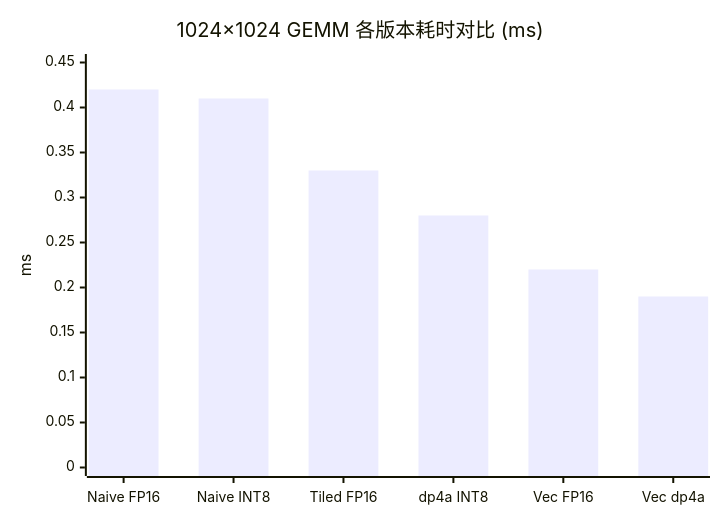
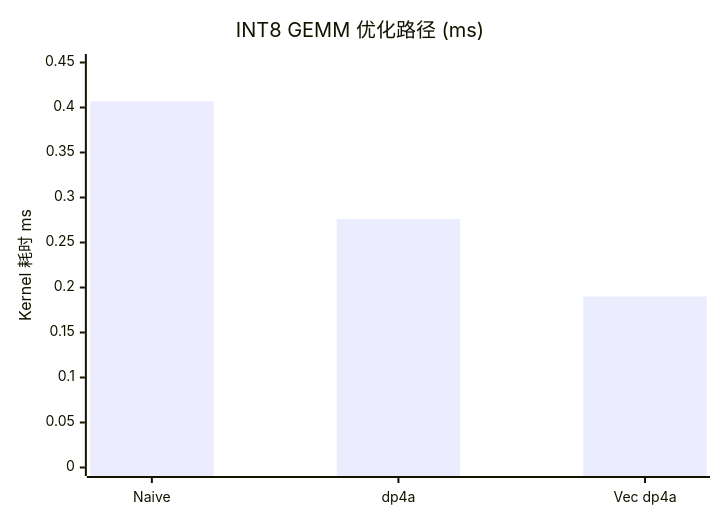
One commit to psmarter/CUDA-Practice changed the second of 2 diagrams in Blogs/07_Quantization_FP16_INT8_dp4a.md. Above: the diagram before and after it, drawn with Mermaid. The commit also changed other lines of this file and 20 other files, not shown here.

````diff
--- a/Blogs/07_Quantization_FP16_INT8_dp4a.md
+++ b/Blogs/07_Quantization_FP16_INT8_dp4a.md
@@ -132,7 +108,7 @@
 ```mermaid
 xychart-beta
-  title "1024×1024 GEMM 各版本耗时对比 (ms)"
-  x-axis ["Naive FP16", "Naive INT8", "Tiled FP16", "dp4a INT8", "Vec FP16", "Vec dp4a"]
-  y-axis "ms" 0 --> 0.45
-  bar [0.42, 0.41, 0.33, 0.28, 0.22, 0.19]
+  title "INT8 GEMM 优化路径 (ms)"
+  x-axis ["Naive", "dp4a", "Vec dp4a"]
+  y-axis "Kernel 耗时 ms" 0 --> 0.45
+  bar [0.407, 0.276, 0.190]
 ```
````
